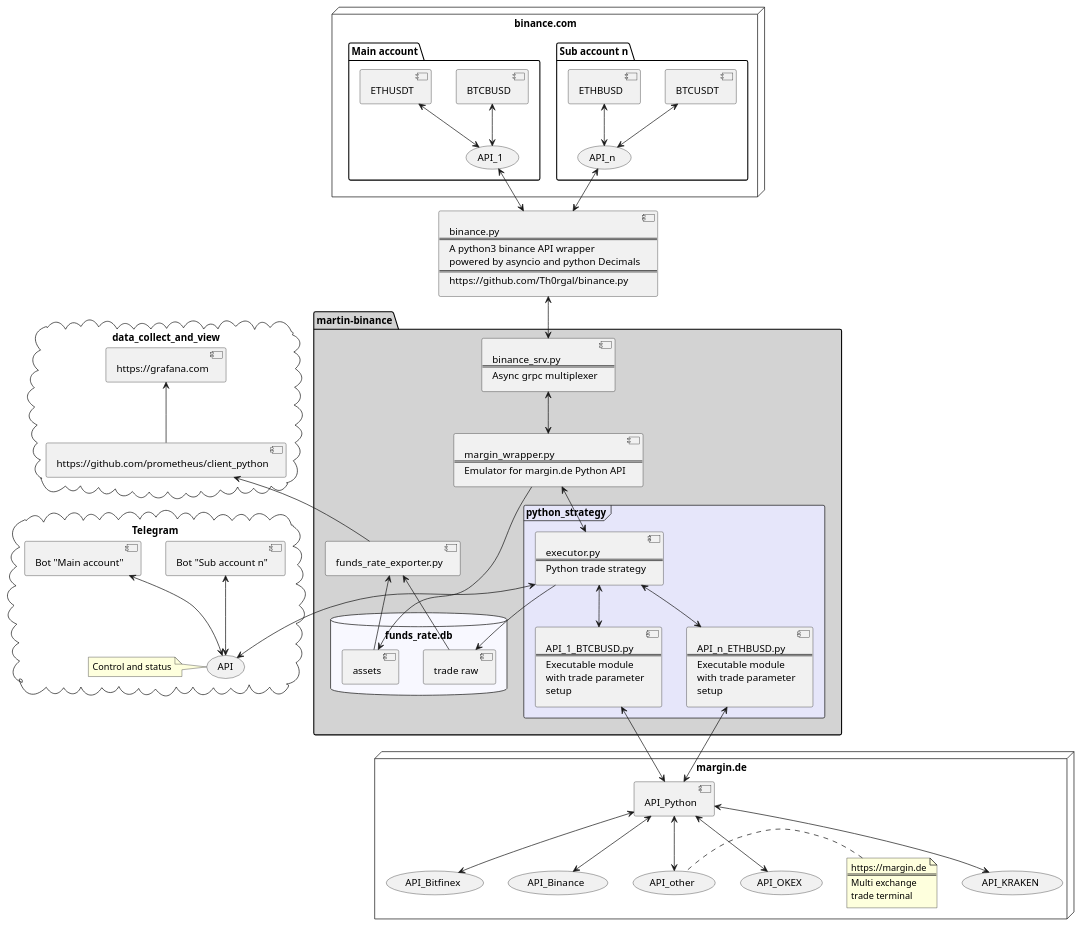
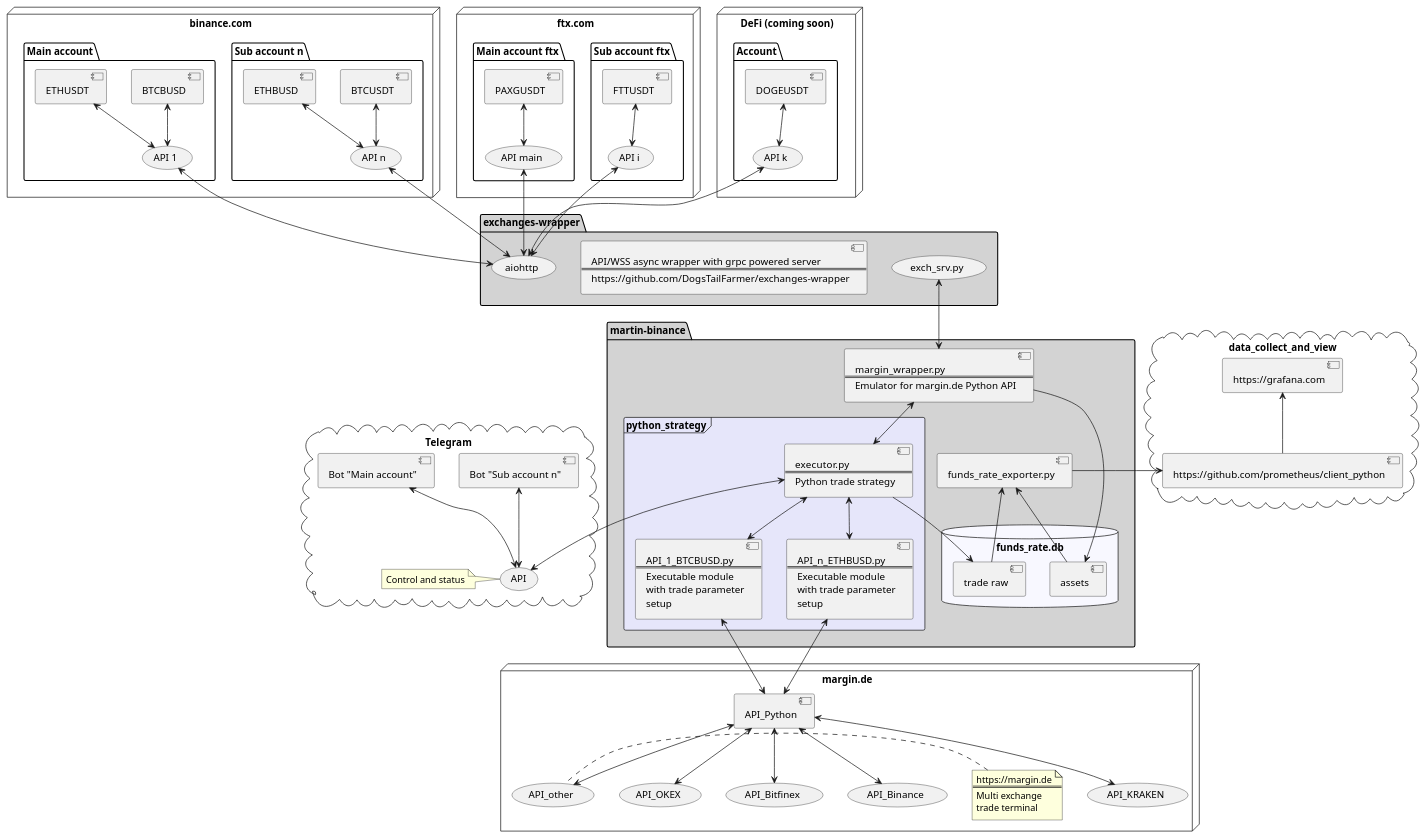
Before and after one commit to MarginOpenSource/community-strategies: the diagram in margin_community_strategies/martin-binance/uml/architecture.puml, drawn with PlantUML. The commit also changed 21 other files, not shown here.

```diff
--- a/margin_community_strategies/martin-binance/uml/architecture.puml
+++ b/margin_community_strategies/martin-binance/uml/architecture.puml
@@ -1,103 +1,115 @@
 @startuml
 'https://plantuml.com/component-diagram
 
 node "binance.com" {
     package "Sub account n" {
-        [BTCUSDT] <--> (API_n)
-        [ETHBUSD] <--> (API_n)
+        [BTCUSDT] <--> (API n)
+        [ETHBUSD] <--> (API n)
   }
     package "Main account" {
-        [BTCBUSD] <--> (API_1)
-        [ETHUSDT] <--> (API_1)
+        [BTCBUSD] <--> (API 1)
+        [ETHUSDT] <--> (API 1)
   }
 }
 
-component b2 [binance.py
-===
-A python3 binance API wrapper
-powered by asyncio and python Decimals
-===
-https://github.com/Th0rgal/binance.py
-]
+node "ftx.com" {
+    package "Sub account ftx" {
+        [FTTUSDT] <--> (API i)
+  }
+     package "Main account ftx" {
+        [PAXGUSDT] <--> (API main)
+  }
+}
+
+node "DeFi (coming soon)" {
+     package "Account" {
+        [DOGEUSDT] <--> (API k)
+  }
+}
+
+package "exchanges-wrapper" #D3D3D3 {
+    component ew [API/WSS async wrapper with grpc powered server
+    ===
+    https://github.com/DogsTailFarmer/exchanges-wrapper]
+    (aiohttp)
+    (exch_srv.py) as srv
+}
 
 package "martin-binance" #D3D3D3 {
     [funds_rate_exporter.py] as exp
     database funds_rate.db #F8F8FF {
     [assets] -up-> exp
     [trade raw] -up-> exp
     }
-    component bs [
-        binance_srv.py
-        ===
-        Async grpc multiplexer
-    ]
     component mw [
         margin_wrapper.py
         ===
         Emulator for margin.de Python API
     ]
     frame python_strategy #E6E6FA {
         component ex [
             executor.py
             ===
             Python trade strategy
         ]
         component c1 [
             API_1_BTCBUSD.py
             ===
             Executable module
             with trade parameter
             setup
         ]
         component cn [
             API_n_ETHBUSD.py
             ===
             Executable module
             with trade parameter
             setup
         ]
    }
-[mw] <-up-> [bs]
+[mw] <-up-> [srv]
 [ex] <-up-> [mw]
 [c1] <-up-> [ex]
 [cn] <-up-> [ex]
 }
 
 cloud Telegram {
     [Bot "Sub account n"] <-down-> (API)
     [Bot "Main account"] <-down-> (API)
     note left of API : Control and status
 }
 
 cloud data_collect_and_view {
 [https://grafana.com] as gr
 [https://github.com/prometheus/client_python] as prom
 }
 
 node "margin.de" {
     (API_OKEX) <-up-> [API_Python]
     (API_KRAKEN) <-up-> [API_Python]
     (API_Bitfinex) <-up-> [API_Python]
     (API_Binance) <-up-> [API_Python]
     (API_other) <-up-> [API_Python]
     note left
         https://margin.de
         ===
         Multi exchange
         trade terminal
     end note
 }
 
 
-[b2] <-up-> API_1
-[b2] <-up-> API_n
-[bs] <-up-> b2
+[aiohttp] <-up-> (API 1)
+[aiohttp] <-up-> (API n)
+[aiohttp] <-up-> (API main)
+[aiohttp] <-up-> (API i)
+[aiohttp] <-up-> (API k)
 [c1] <-down-> [API_Python]
 [cn] <-down-> [API_Python]
 [ex] --> [trade raw]
 [mw] --> [assets]
-[exp] -up-> prom
+[exp] -left-> prom
 prom -up-> gr
 [ex] <--> API
 
 @enduml
```
